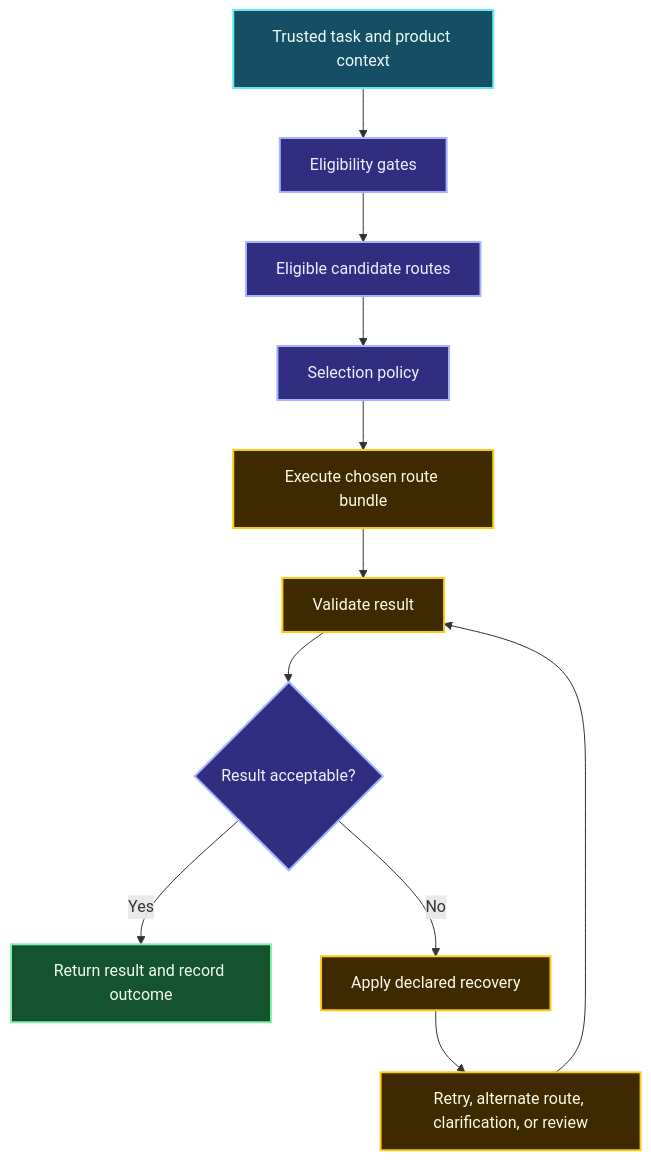
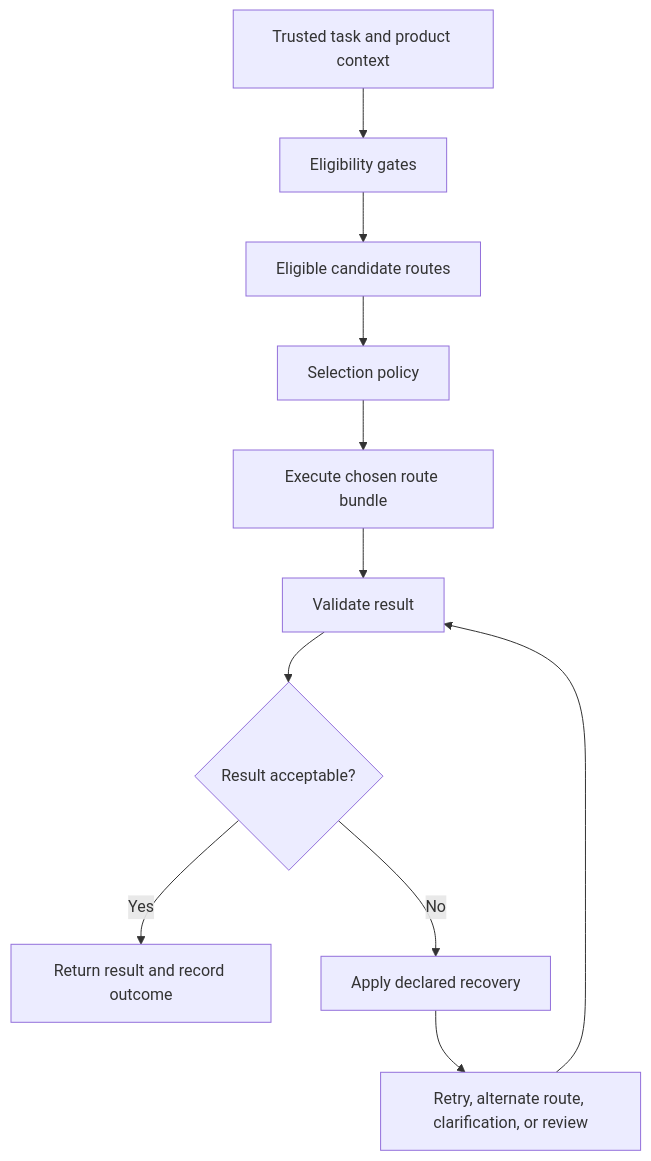
The first of 5 diagrams in roadmaps/mlops/modules/llmops/cost-and-deployment/01-model-routing.md (senlinyy/dev-roadmaps), drawn with Mermaid before and after one commit. The commit also changed other lines of this file and 152 other files, not shown here.

Commit message:
feat: mlops and diagrams updated

````diff
--- a/roadmaps/mlops/modules/llmops/cost-and-deployment/01-model-routing.md
+++ b/roadmaps/mlops/modules/llmops/cost-and-deployment/01-model-routing.md
@@ -79,20 +79,18 @@
 ```mermaid
 flowchart TD
     A["Trusted task and product context"] --> B["Eligibility gates"]
     B --> C["Eligible candidate routes"]
     C --> D["Selection policy"]
     D --> E["Execute chosen route bundle"]
     E --> F["Validate result"]
     F --> G{"Result acceptable?"}
     G -->|Yes| H["Return result and record outcome"]
     G -->|No| I["Apply declared recovery"]
     I --> J["Retry, alternate route, clarification, or review"]
     J --> F
 
-    classDef input fill:#164E63,stroke:#67E8F9,color:#ECFEFF,stroke-width:2px; classDef decide fill:#312E81,stroke:#A5B4FC,color:#EEF2FF,stroke-width:2px;
-    classDef execute fill:#3F2A00,stroke:#FACC15,color:#FEFCE8,stroke-width:2px; classDef result fill:#14532D,stroke:#86EFAC,color:#F0FDF4,stroke-width:2px;
     class A input;
     class B,C,D,G decide;
     class E,F,I,J execute;
     class H result;
 ```
````
